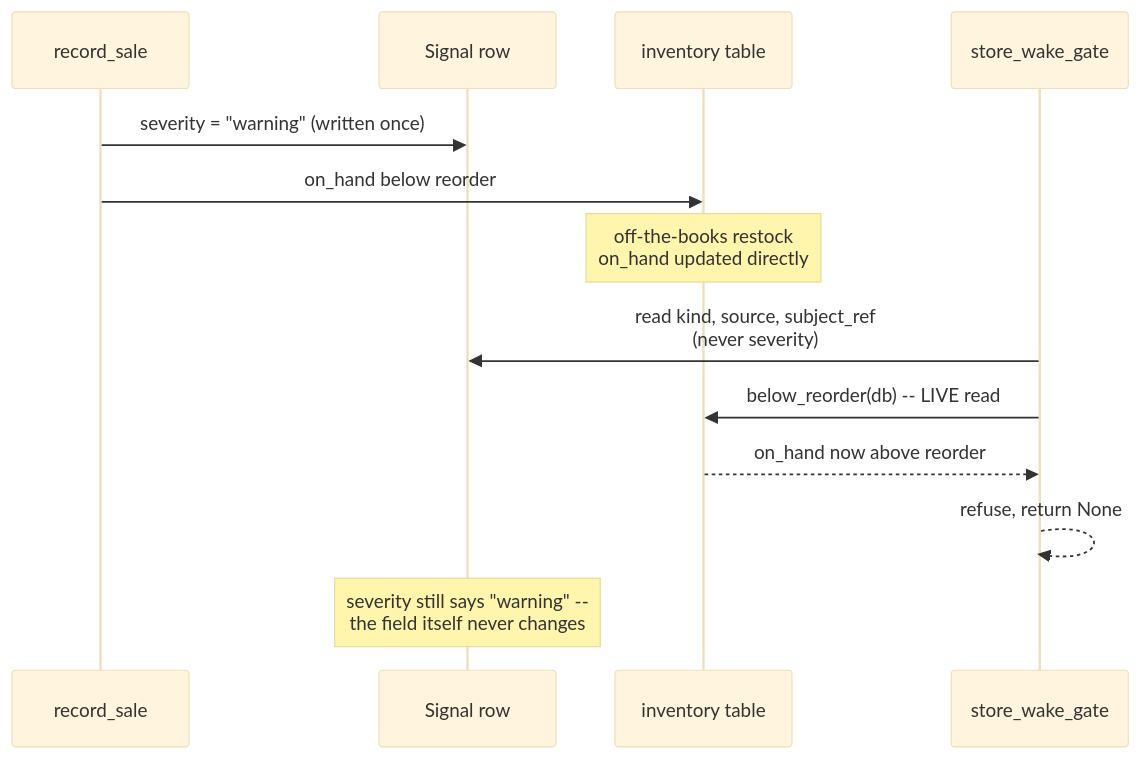
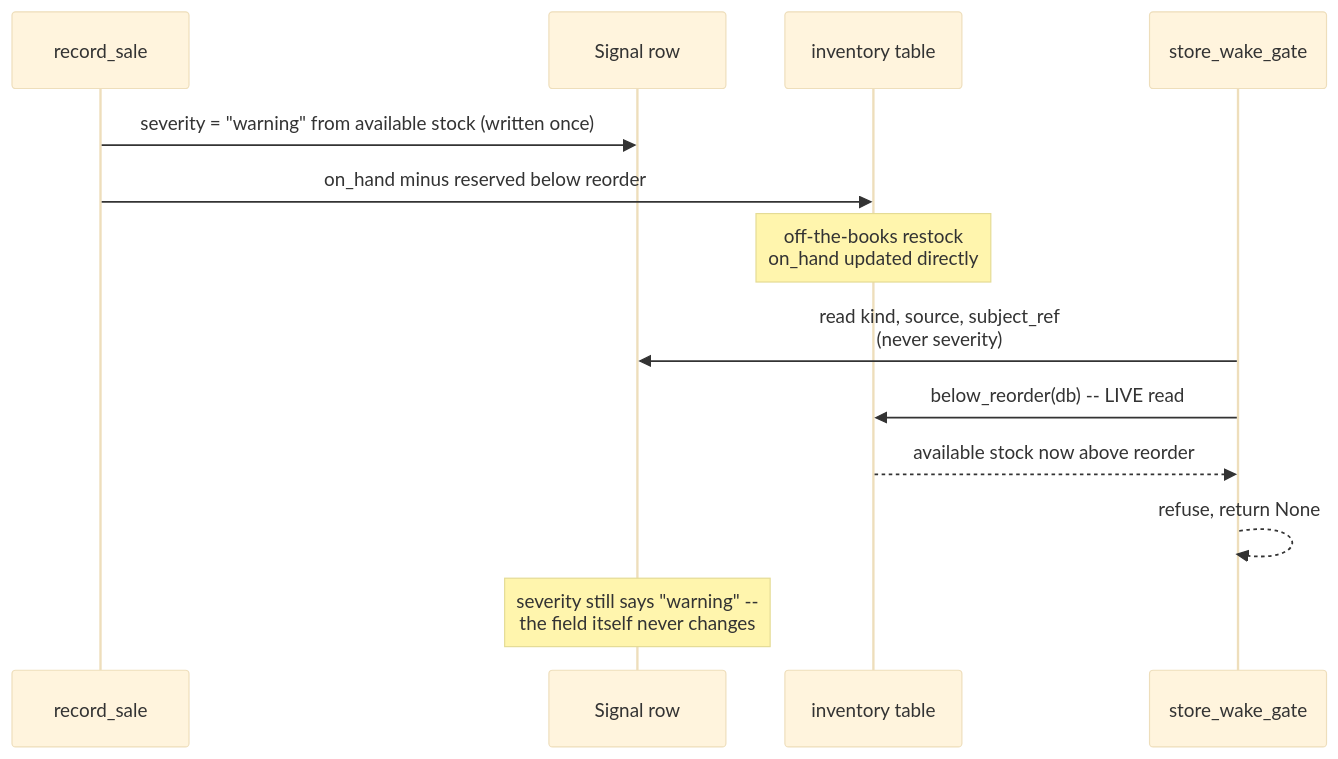
The third of 3 diagrams in book/ch10_one_signal_wakes_one_need/README.md (profrodai/sovereign-agent), drawn with Mermaid (base theme) before and after one commit. The commit also changed 2 other files, not shown here.

Commit message:
Align book proof diagrams with runtime

````diff
--- a/book/ch10_one_signal_wakes_one_need/README.md
+++ b/book/ch10_one_signal_wakes_one_need/README.md
@@ -527,15 +527,15 @@
 ```mermaid
 sequenceDiagram
     participant Sale as record_sale
     participant Sig as Signal row
     participant Shelf as inventory table
     participant Gate as store_wake_gate
-    Sale->>Sig: severity = "warning" (written once)
-    Sale->>Shelf: on_hand below reorder
+    Sale->>Sig: severity = "warning" from available stock (written once)
+    Sale->>Shelf: on_hand minus reserved below reorder
     Note over Shelf: off-the-books restock<br/>on_hand updated directly
     Gate->>Sig: read kind, source, subject_ref<br/>(never severity)
     Gate->>Shelf: below_reorder(db) -- LIVE read
-    Shelf-->>Gate: on_hand now above reorder
+    Shelf-->>Gate: available stock now above reorder
     Gate-->>Gate: refuse, return None
     Note over Sig: severity still says "warning" --<br/>the field itself never changes
 ```
````
